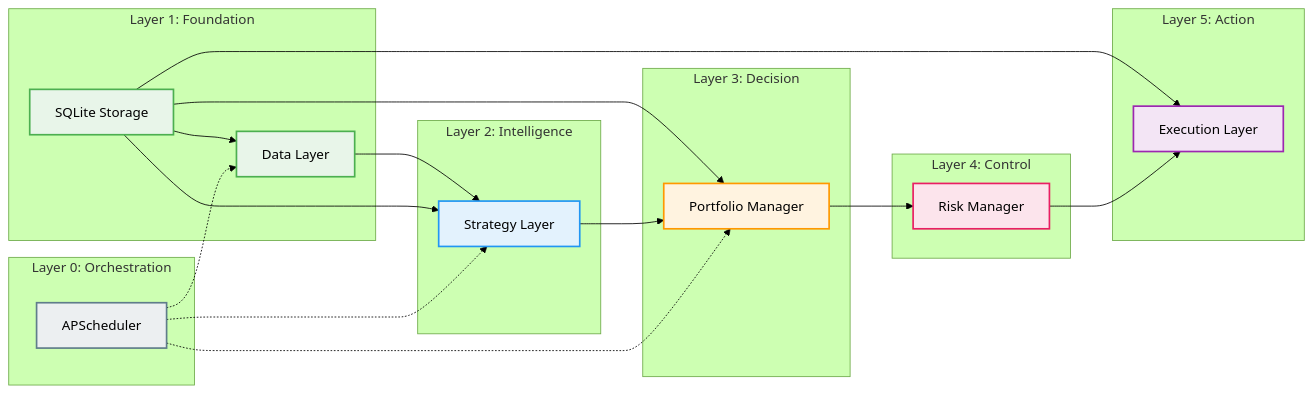
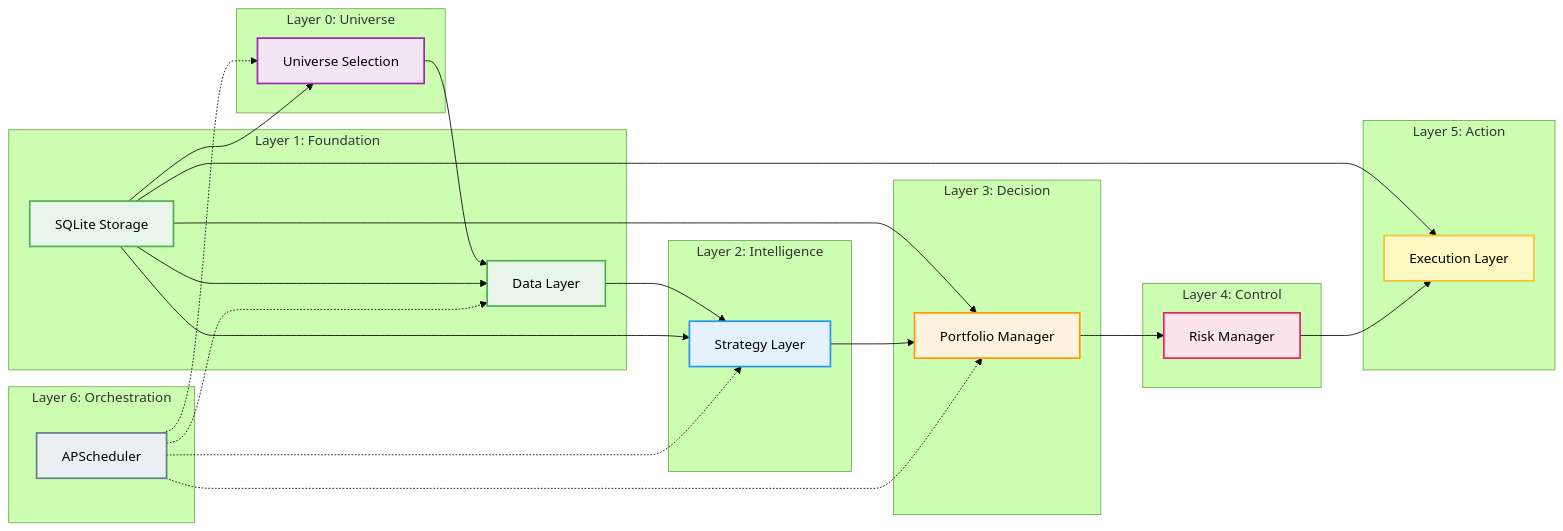
The third of 5 diagrams in agent/architecture-overview.md (mamin506/ai-trader), drawn with Mermaid (forest theme) before and after one commit. The commit also changed other lines of this file and 5 other files, not shown here.

First line of the commit message:
docs: add Universe Selection layer to architecture

````diff
--- a/agent/architecture-overview.md
+++ b/agent/architecture-overview.md
@@ -120,53 +133,62 @@
 ```mermaid
 graph LR
+    subgraph Layer_0["Layer 0: Universe"]
+        Universe[Universe Selection]
+    end
+
     subgraph Layer_1["Layer 1: Foundation"]
         Data[Data Layer]
         Storage[SQLite Storage]
     end
 
     subgraph Layer_2["Layer 2: Intelligence"]
         Strategy[Strategy Layer]
     end
 
     subgraph Layer_3["Layer 3: Decision"]
         Portfolio[Portfolio Manager]
     end
 
     subgraph Layer_4["Layer 4: Control"]
         Risk[Risk Manager]
     end
 
     subgraph Layer_5["Layer 5: Action"]
         Execution[Execution Layer]
     end
 
-    subgraph Layer_0["Layer 0: Orchestration"]
+    subgraph Layer_6["Layer 6: Orchestration"]
         Scheduler[APScheduler]
     end
 
+    Universe --> Data
     Data --> Strategy
+    Storage --> Universe
     Storage --> Data
     Storage --> Strategy
     Storage --> Portfolio
     Storage --> Execution
     Strategy --> Portfolio
     Portfolio --> Risk
     Risk --> Execution
+    Scheduler -.-> Universe
     Scheduler -.-> Data
     Scheduler -.-> Strategy
     Scheduler -.-> Portfolio
 
+    classDef universeStyle fill:#f3e5f5,stroke:#9c27b0,stroke-width:2px
     classDef foundationStyle fill:#e8f5e9,stroke:#4caf50,stroke-width:2px
     classDef intelligenceStyle fill:#e3f2fd,stroke:#2196f3,stroke-width:2px
     classDef decisionStyle fill:#fff3e0,stroke:#ff9800,stroke-width:2px
     classDef controlStyle fill:#fce4ec,stroke:#e91e63,stroke-width:2px
-    classDef actionStyle fill:#f3e5f5,stroke:#9c27b0,stroke-width:2px
+    classDef actionStyle fill:#fff9c4,stroke:#fbc02d,stroke-width:2px
     classDef orchestrationStyle fill:#eceff1,stroke:#607d8b,stroke-width:2px
 
+    class Universe universeStyle
     class Data,Storage foundationStyle
     class Strategy intelligenceStyle
     class Portfolio decisionStyle
     class Risk controlStyle
     class Execution actionStyle
     class Scheduler orchestrationStyle
 ```
````
